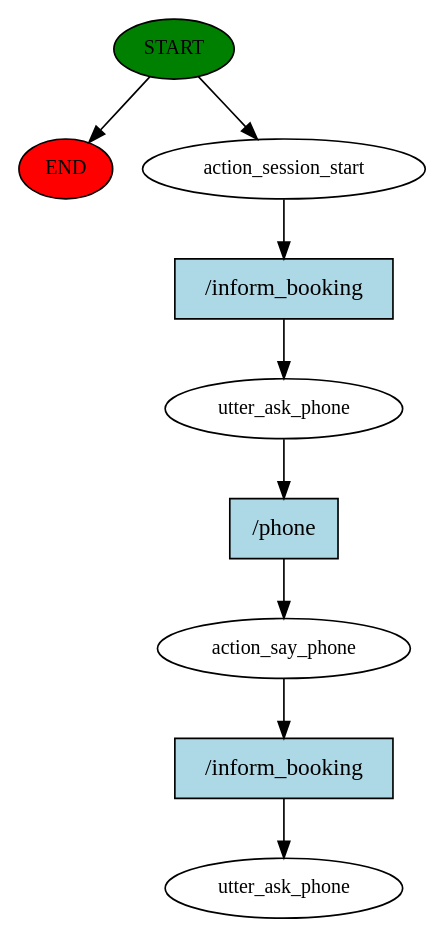
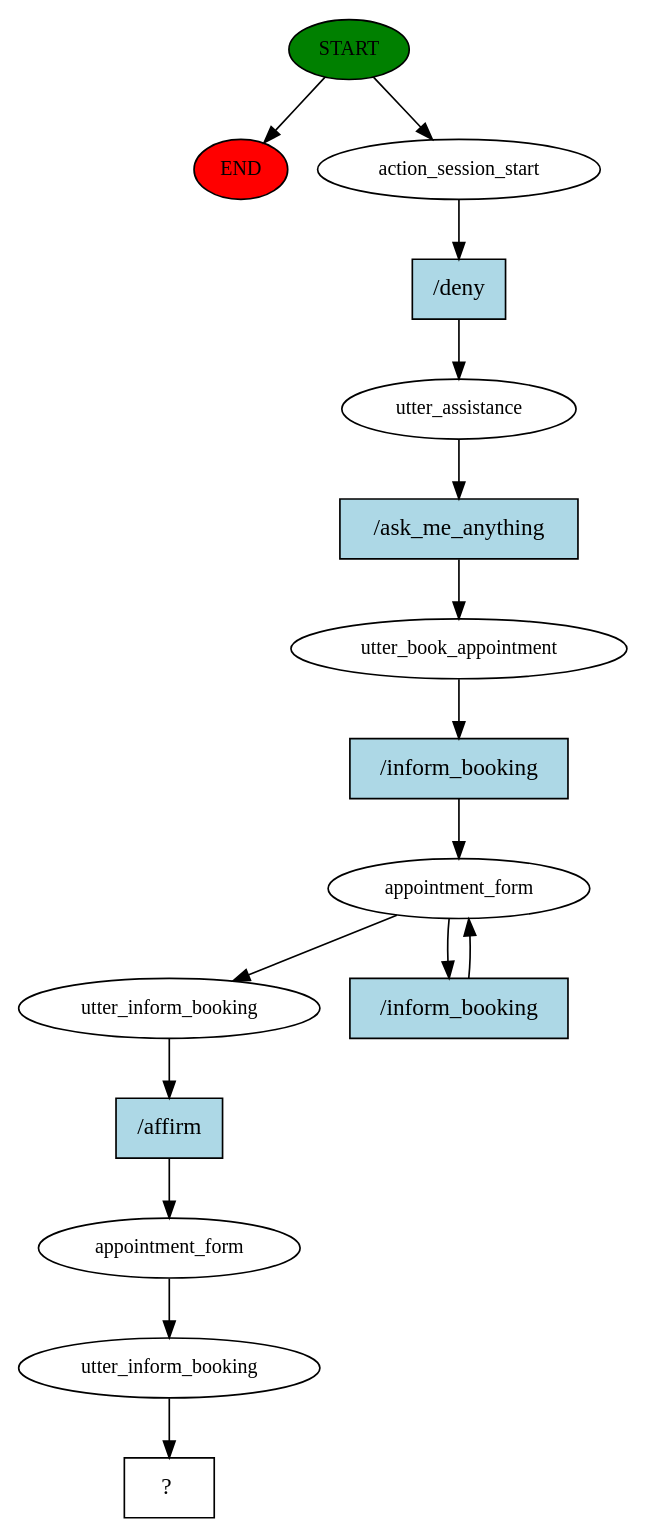
The diagram in RASA LLM/story_graph.dot (sudomaster00081/Kameda24), drawn with Graphviz before and after one commit. The commit also changed 76 other files, not shown here.

```diff
--- a/RASA LLM/story_graph.dot
+++ b/RASA LLM/story_graph.dot
@@ -1,19 +1,32 @@
 digraph  {
 0 [class="start active", fillcolor=green, fontsize=12, label=START, style=filled];
 "-1" [class=end, fillcolor=red, fontsize=12, label=END, style=filled];
 1 [class=active, fontsize=12, label=action_session_start];
-2 [class=active, fontsize=12, label=utter_ask_phone];
-3 [class=active, fontsize=12, label=action_say_phone];
-4 [class="dashed active", fontsize=12, label=utter_ask_phone];
-5 [class="intent active", fillcolor=lightblue, label="/inform_booking", shape=rect, style=filled];
-6 [class="intent active", fillcolor=lightblue, label="/phone", shape=rect, style=filled];
-7 [class="intent active", fillcolor=lightblue, label="/inform_booking", shape=rect, style=filled];
+2 [class=active, fontsize=12, label=utter_assistance];
+3 [class=active, fontsize=12, label=utter_book_appointment];
+4 [class=active, fontsize=12, label=appointment_form];
+6 [class=active, fontsize=12, label=utter_inform_booking];
+7 [class=active, fontsize=12, label=appointment_form];
+8 [class=active, fontsize=12, label=utter_inform_booking];
+9 [class="intent dashed active", label="  ?  ", shape=rect];
+10 [class="intent active", fillcolor=lightblue, label="/deny", shape=rect, style=filled];
+11 [class="intent active", fillcolor=lightblue, label="/ask_me_anything", shape=rect, style=filled];
+12 [class="intent active", fillcolor=lightblue, label="/inform_booking", shape=rect, style=filled];
+13 [class="intent active", fillcolor=lightblue, label="/inform_booking", shape=rect, style=filled];
+14 [class="intent active", fillcolor=lightblue, label="/affirm", shape=rect, style=filled];
 0 -> "-1"  [class="", key=NONE, label=""];
 0 -> 1  [class=active, key=NONE, label=""];
-1 -> 5  [class=active, key=0];
-2 -> 6  [class=active, key=0];
-3 -> 7  [class=active, key=0];
-5 -> 2  [class=active, key=0];
-6 -> 3  [class=active, key=0];
-7 -> 4  [class=active, key=0];
+1 -> 10  [class=active, key=0];
+2 -> 11  [class=active, key=0];
+3 -> 12  [class=active, key=0];
+4 -> 6  [class=active, key=NONE, label=""];
+4 -> 13  [class=active, key=0];
+6 -> 14  [class=active, key=0];
+7 -> 8  [class=active, key=NONE, label=""];
+8 -> 9  [class=active, key=NONE, label=""];
+10 -> 2  [class=active, key=0];
+11 -> 3  [class=active, key=0];
+12 -> 4  [class=active, key=0];
+13 -> 4  [class=active, key=0];
+14 -> 7  [class=active, key=0];
 }
```
